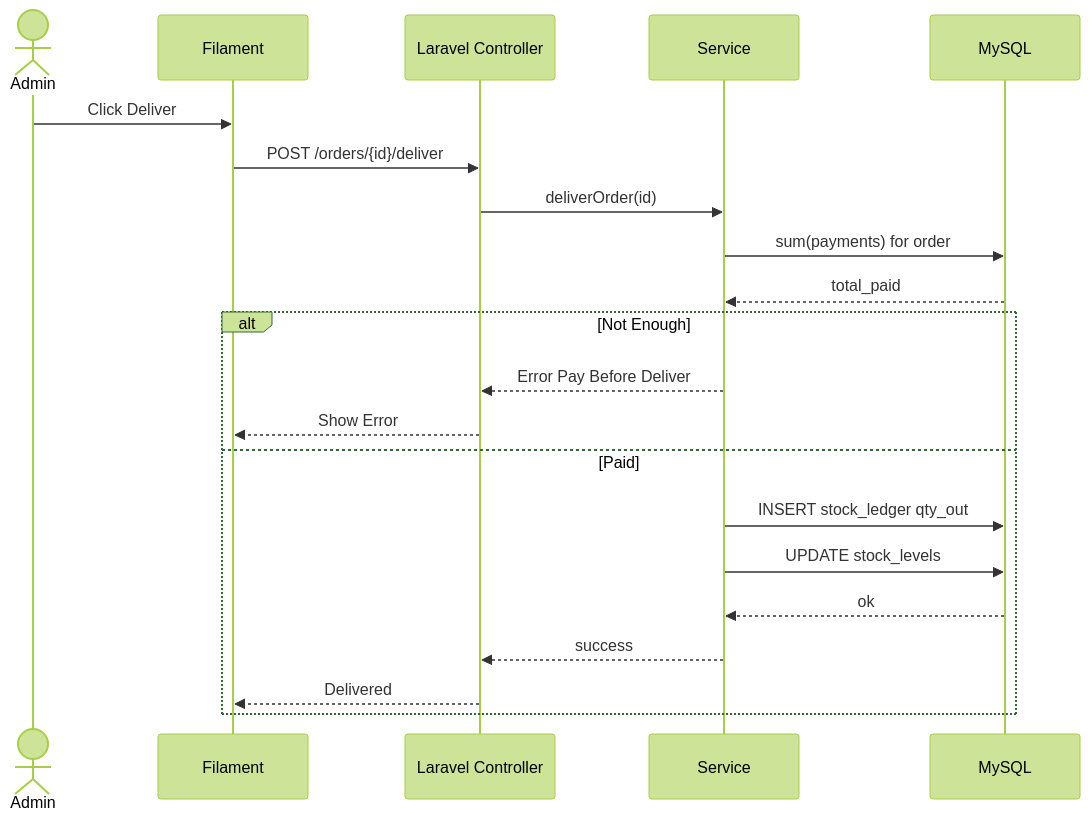
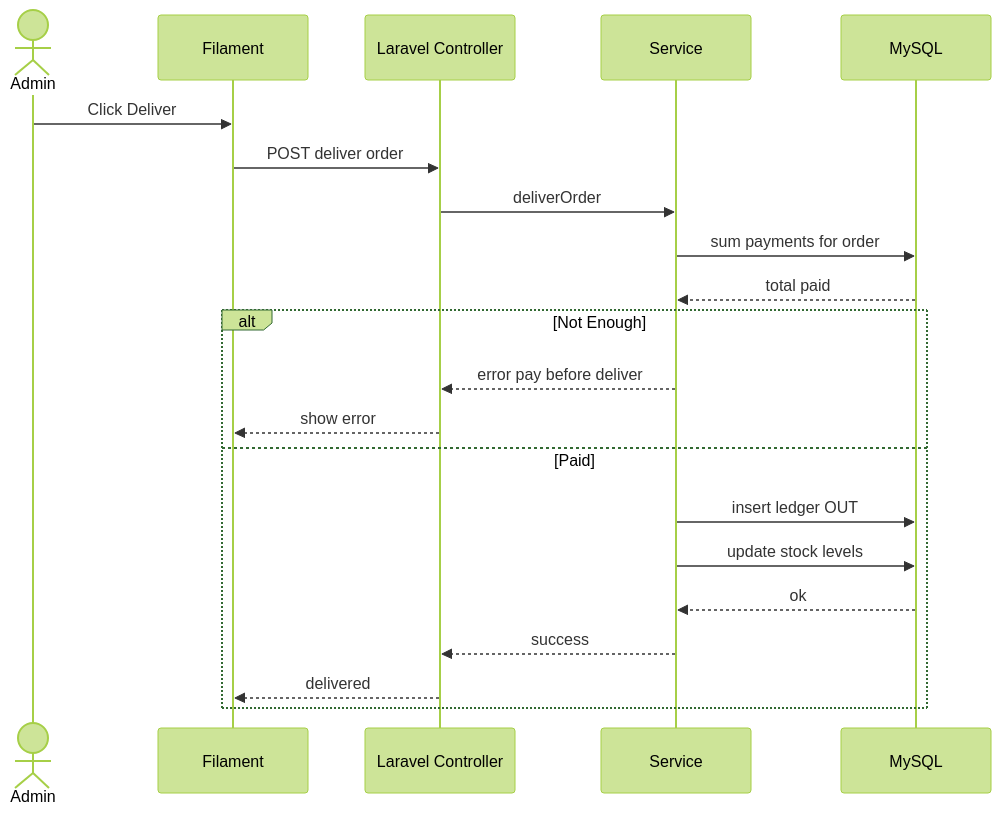
One commit to Masterly0607/stock-management changed diagram 17 of 17 in docs/erd.md. Above: the diagram before and after it, drawn with Mermaid (forest theme). The commit also changed other lines of this file, not shown here.

````diff
--- a/docs/erd.md
+++ b/docs/erd.md
@@ -170,24 +318,23 @@
 ```mermaid
 sequenceDiagram
   actor Admin
   participant UI as Filament
   participant API as Laravel Controller
   participant Svc as Service
   participant DB as MySQL
-
   Admin->>UI: Click Deliver
-  UI->>API: POST /orders/{id}/deliver
-  API->>Svc: deliverOrder(id)
-  Svc->>DB: sum(payments) for order
-  DB-->>Svc: total_paid
+  UI->>API: POST deliver order
+  API->>Svc: deliverOrder
+  Svc->>DB: sum payments for order
+  DB-->>Svc: total paid
   alt Not Enough
-    Svc-->>API: Error Pay Before Deliver
-    API-->>UI: Show Error
+    Svc-->>API: error pay before deliver
+    API-->>UI: show error
   else Paid
-    Svc->>DB: INSERT stock_ledger qty_out
-    Svc->>DB: UPDATE stock_levels
+    Svc->>DB: insert ledger OUT
+    Svc->>DB: update stock levels
     DB-->>Svc: ok
     Svc-->>API: success
-    API-->>UI: Delivered
+    API-->>UI: delivered
   end
 ```
````
